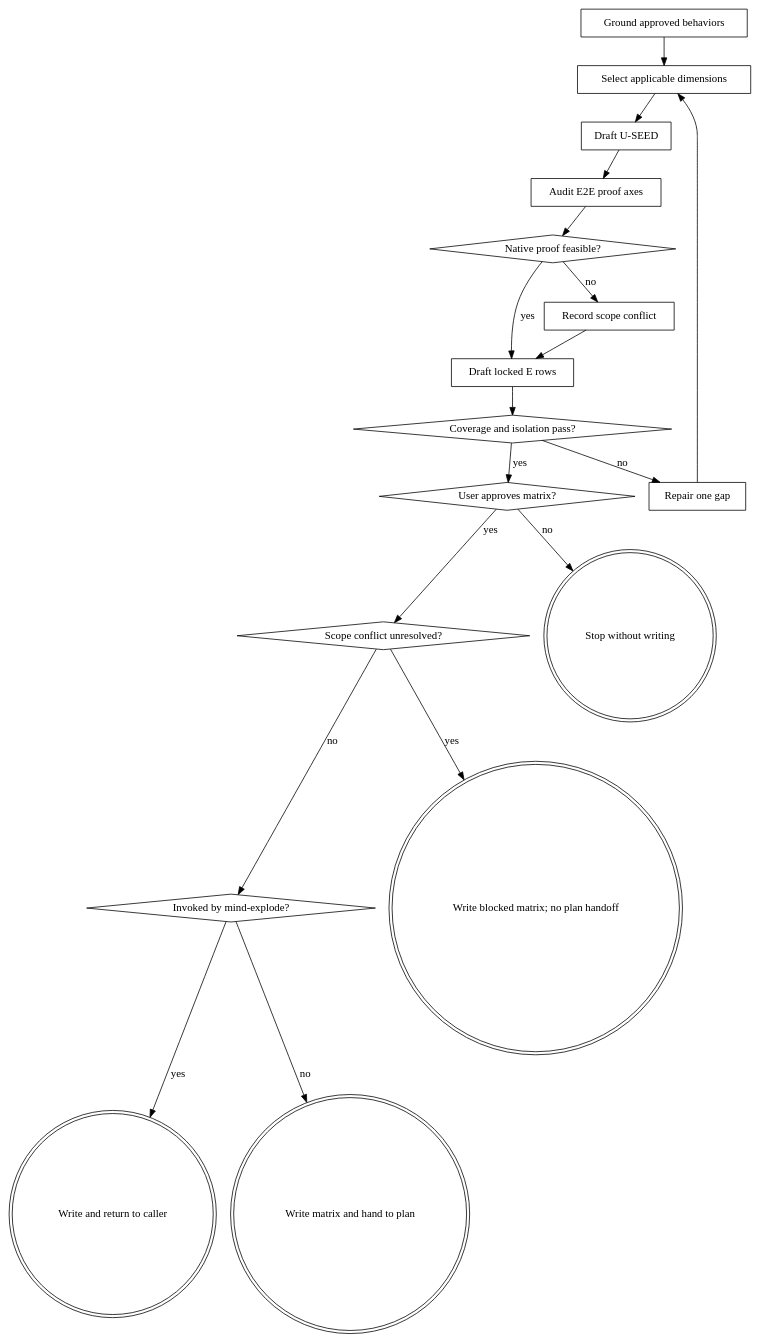
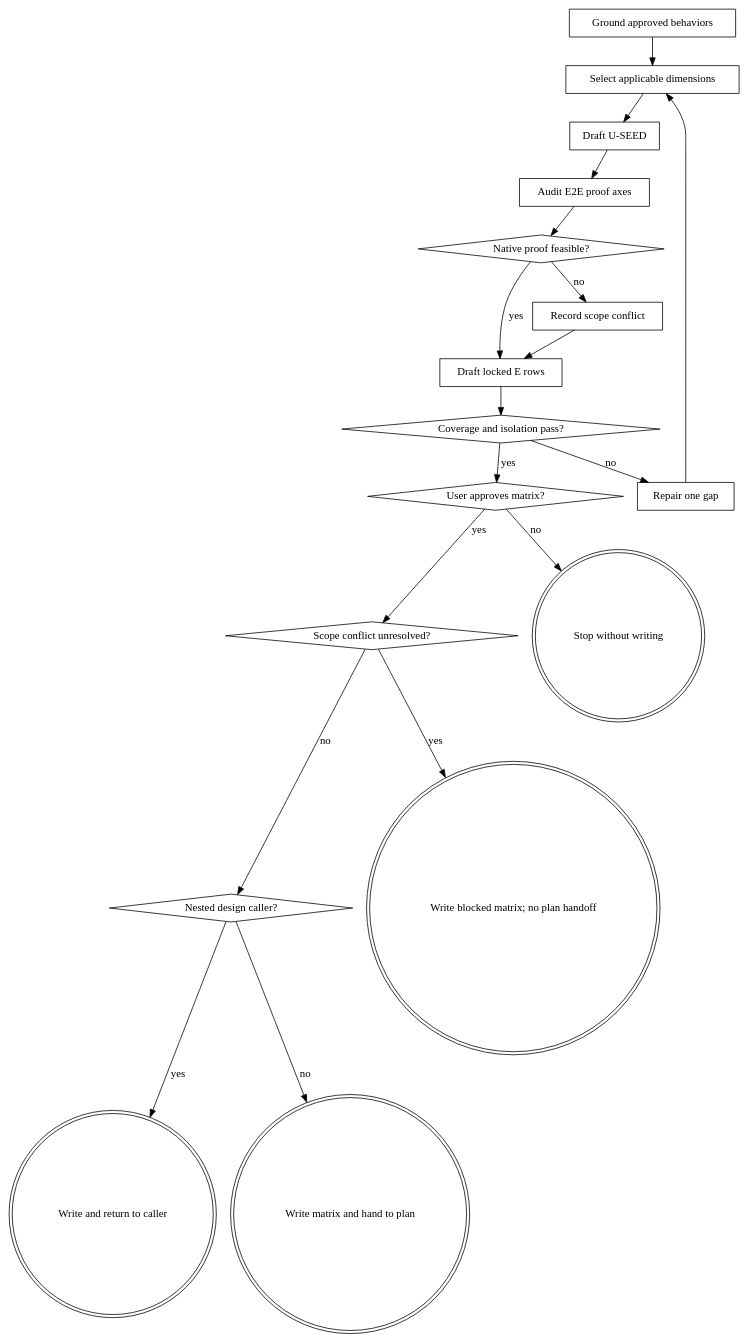
The diagram in wayne-test-design/SKILL.md (waynejing995/wayne-taste), drawn with Graphviz before and after one commit. The commit also changed other lines of this file and 93 other files, not shown here.

````diff
--- a/wayne-test-design/SKILL.md
+++ b/wayne-test-design/SKILL.md
@@ -66,35 +66,35 @@
 ```dot
 digraph test_design {
     rankdir=TB;
     A [label="Ground approved behaviors", shape=box];
     B [label="Select applicable dimensions", shape=box];
     C [label="Draft U-SEED", shape=box];
     D [label="Audit E2E proof axes", shape=box];
     E [label="Native proof feasible?", shape=diamond];
     X [label="Record scope conflict", shape=box];
     F [label="Draft locked E rows", shape=box];
     G [label="Coverage and isolation pass?", shape=diamond];
     R [label="Repair one gap", shape=box];
     H [label="User approves matrix?", shape=diamond];
     I [label="Scope conflict unresolved?", shape=diamond];
-    J [label="Invoked by mind-explode?", shape=diamond];
+    J [label="Nested design caller?", shape=diamond];
     K [label="Write blocked matrix; no plan handoff", shape=doublecircle];
     M [label="Write and return to caller", shape=doublecircle];
     S [label="Stop without writing", shape=doublecircle];
     W [label="Write matrix and hand to plan", shape=doublecircle];
     A -> B -> C -> D -> E;
     E -> X [label="no"];
     E -> F [label="yes"];
     X -> F;
     F -> G;
     G -> R [label="no"];
     R -> B;
     G -> H [label="yes"];
     H -> S [label="no"];
     H -> I [label="yes"];
     I -> K [label="yes"];
     I -> J [label="no"];
     J -> M [label="yes"];
     J -> W [label="no"];
 }
 ```
````
